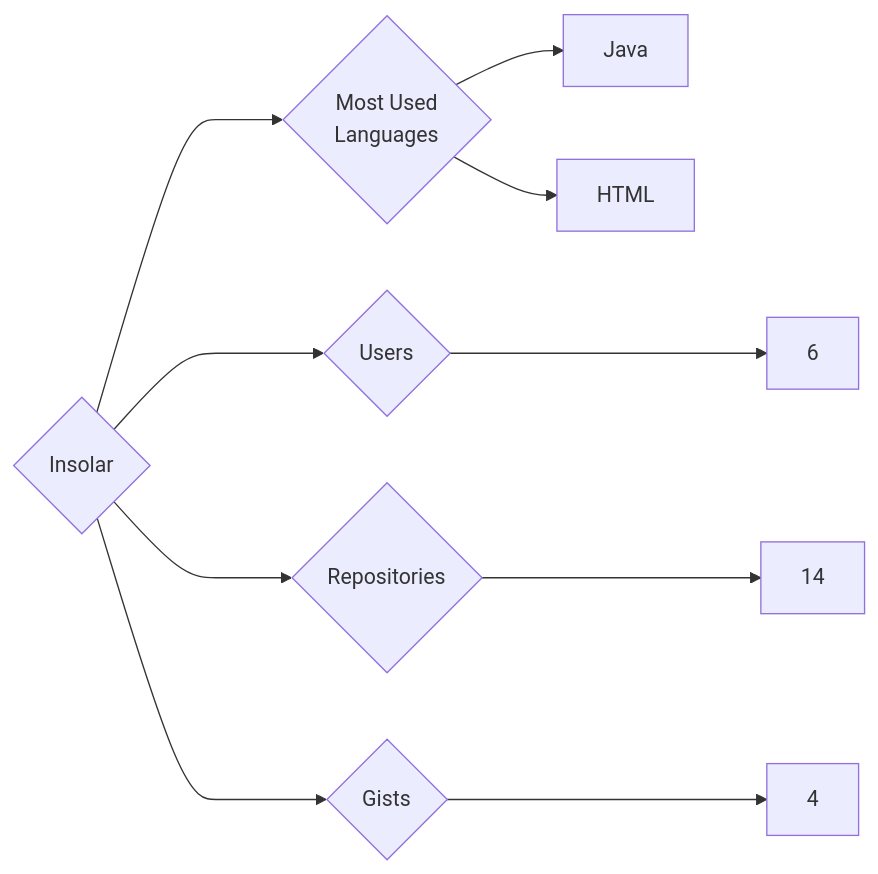
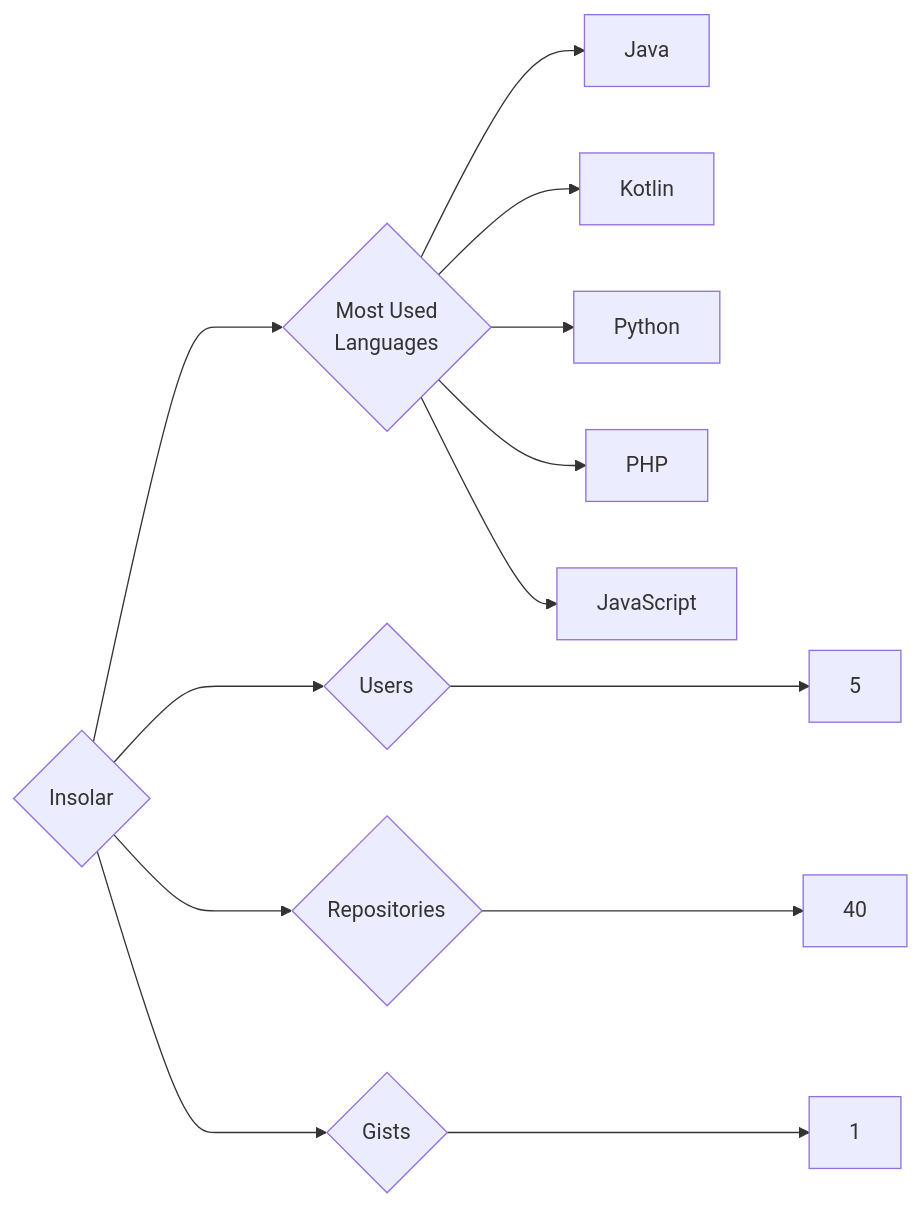
One commit to trickest/insiders changed the diagram in targets/Insolar/README.md. Above: the diagram before and after it, drawn with Mermaid. The commit also changed 693 other files, not shown here.

````diff
--- a/targets/Insolar/README.md
+++ b/targets/Insolar/README.md
@@ -3,10 +3,13 @@
 ```mermaid
 graph LR
 COMPANY_NAME{Insolar}
-COMPANY_NAME ---> U{Users} ---> UN[6]
-COMPANY_NAME ---> R{Repositories} ---> RN[14]
-COMPANY_NAME ---> G{Gists} ---> GN[4]
+COMPANY_NAME ---> U{Users} ---> UN[5]
+COMPANY_NAME ---> R{Repositories} ---> RN[40]
+COMPANY_NAME ---> G{Gists} ---> GN[1]
 COMPANY_NAME ---> ML{Most Used<br>Languages}
 ML --> Java[Java]
-ML --> HTML[HTML]
+ML --> Kotlin[Kotlin]
+ML --> Python[Python]
+ML --> PHP[PHP]
+ML --> JavaScript[JavaScript]
 ```
````
